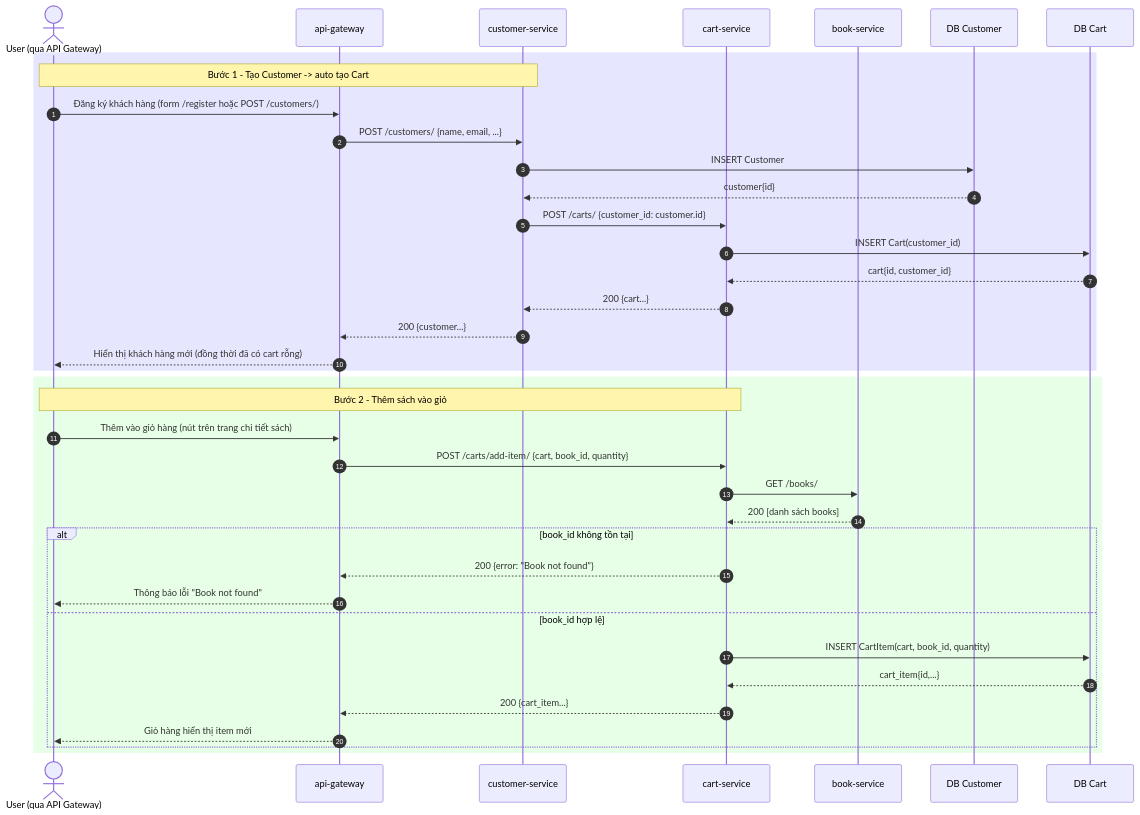
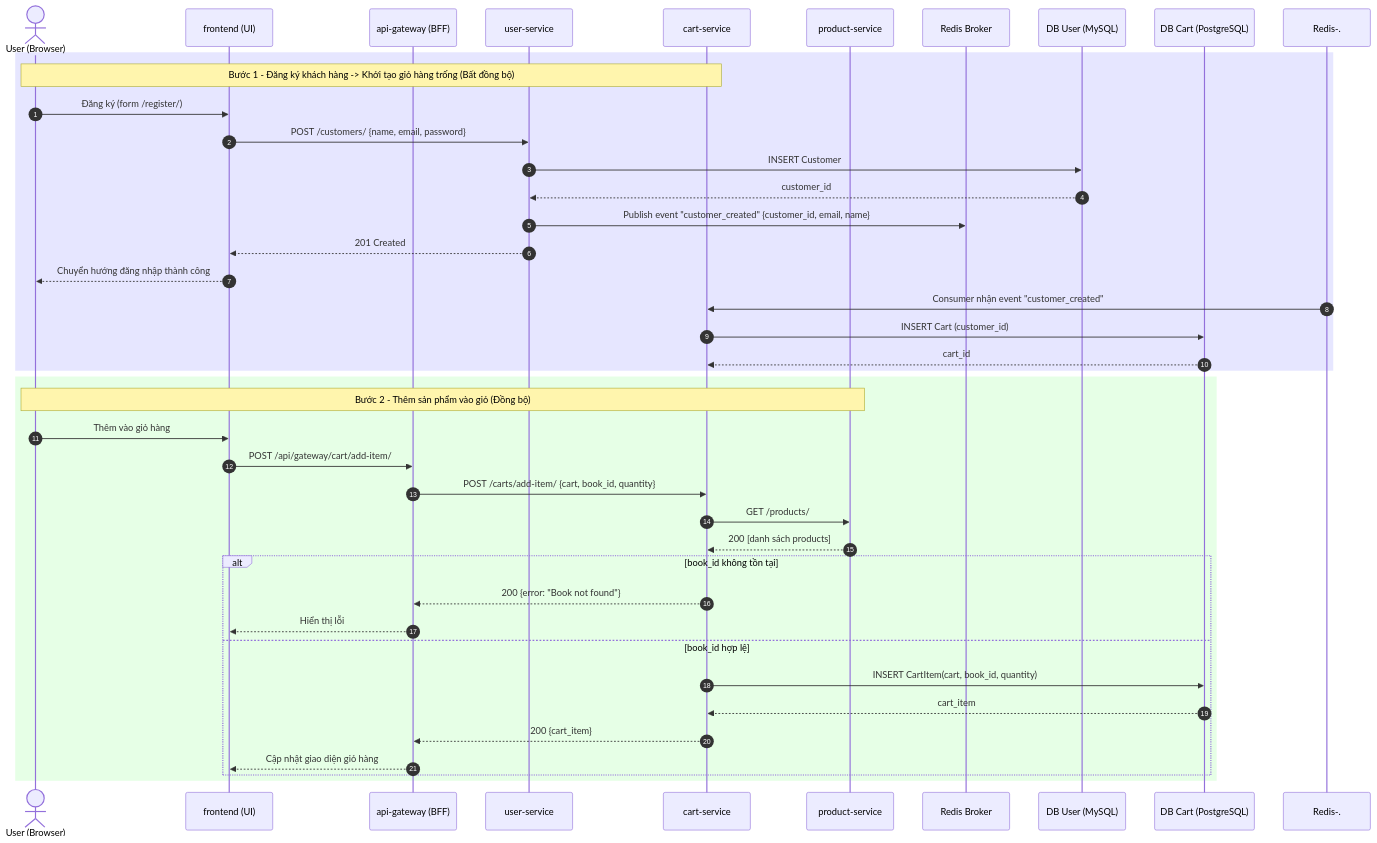
One commit to lamlocan5/Software_Architecture_And_Design_PTIT changed the diagram in bookstore-microservice/docs/cart_service_sequence.mmd. Above: the diagram before and after it, drawn with Mermaid. The commit also changed other lines of this file and 396 other files, not shown here.

```diff
--- a/bookstore-microservice/docs/cart_service_sequence.mmd
+++ b/bookstore-microservice/docs/cart_service_sequence.mmd
@@ -1,42 +1,47 @@
 sequenceDiagram
   autonumber
-  actor User as User (qua API Gateway)
-  participant Gateway as api-gateway
-  participant CustomerSvc as customer-service
+  actor User as User (Browser)
+  participant UI as frontend (UI)
+  participant BFF as api-gateway (BFF)
+  participant UserSvc as user-service
   participant CartSvc as cart-service
-  participant BookSvc as book-service
-  participant DbCustomer as DB Customer
-  participant DbCart as DB Cart
+  participant ProdSvc as product-service
+  participant Redis as Redis Broker
+  participant DbUser as DB User (MySQL)
+  participant DbCart as DB Cart (PostgreSQL)
 
   rect rgb(230,230,255)
-    Note over User,CustomerSvc: Bước 1 - Tạo Customer -> auto tạo Cart
+    Note over User,CartSvc: Bước 1 - Đăng ký khách hàng -> Khởi tạo giỏ hàng trống (Bất đồng bộ)
 
-    User->>Gateway: Đăng ký khách hàng (form /register hoặc POST /customers/)
-    Gateway->>CustomerSvc: POST /customers/ {name, email, ...}
-    CustomerSvc->>DbCustomer: INSERT Customer
-    DbCustomer-->>CustomerSvc: customer{id}
-    CustomerSvc->>CartSvc: POST /carts/ {customer_id: customer.id}
-    CartSvc->>DbCart: INSERT Cart(customer_id)
-    DbCart-->>CartSvc: cart{id, customer_id}
-    CartSvc-->>CustomerSvc: 200 {cart...}
-    CustomerSvc-->>Gateway: 200 {customer...}
-    Gateway-->>User: Hiển thị khách hàng mới (đồng thời đã có cart rỗng)
+    User->>UI: Đăng ký (form /register/)
+    UI->>UserSvc: POST /customers/ {name, email, password}
+    UserSvc->>DbUser: INSERT Customer
+    DbUser-->>UserSvc: customer_id
+    UserSvc->>Redis: Publish event "customer_created" {customer_id, email, name}
+    UserSvc-->>UI: 201 Created
+    UI-->>User: Chuyển hướng đăng nhập thành công
+    
+    %% Background worker
+    Redis-.->>CartSvc: Consumer nhận event "customer_created"
+    CartSvc->>DbCart: INSERT Cart (customer_id)
+    DbCart-->>CartSvc: cart_id
   end
 
   rect rgb(230,255,230)
-    Note over User,CartSvc: Bước 2 - Thêm sách vào giỏ
+    Note over User,ProdSvc: Bước 2 - Thêm sản phẩm vào giỏ (Đồng bộ)
 
-    User->>Gateway: Thêm vào giỏ hàng (nút trên trang chi tiết sách)
-    Gateway->>CartSvc: POST /carts/add-item/ {cart, book_id, quantity}
-    CartSvc->>BookSvc: GET /books/
-    BookSvc-->>CartSvc: 200 [danh sách books]
+    User->>UI: Thêm vào giỏ hàng
+    UI->>BFF: POST /api/gateway/cart/add-item/
+    BFF->>CartSvc: POST /carts/add-item/ {cart, book_id, quantity}
+    CartSvc->>ProdSvc: GET /products/
+    ProdSvc-->>CartSvc: 200 [danh sách products]
     alt book_id không tồn tại
-      CartSvc-->>Gateway: 200 {error: "Book not found"}
-      Gateway-->>User: Thông báo lỗi "Book not found"
+      CartSvc-->>BFF: 200 {error: "Book not found"}
+      BFF-->>UI: Hiển thị lỗi
     else book_id hợp lệ
       CartSvc->>DbCart: INSERT CartItem(cart, book_id, quantity)
-      DbCart-->>CartSvc: cart_item{id,...}
-      CartSvc-->>Gateway: 200 {cart_item...}
-      Gateway-->>User: Giỏ hàng hiển thị item mới
+      DbCart-->>CartSvc: cart_item
+      CartSvc-->>BFF: 200 {cart_item}
+      BFF-->>UI: Cập nhật giao diện giỏ hàng
     end
   end
```
